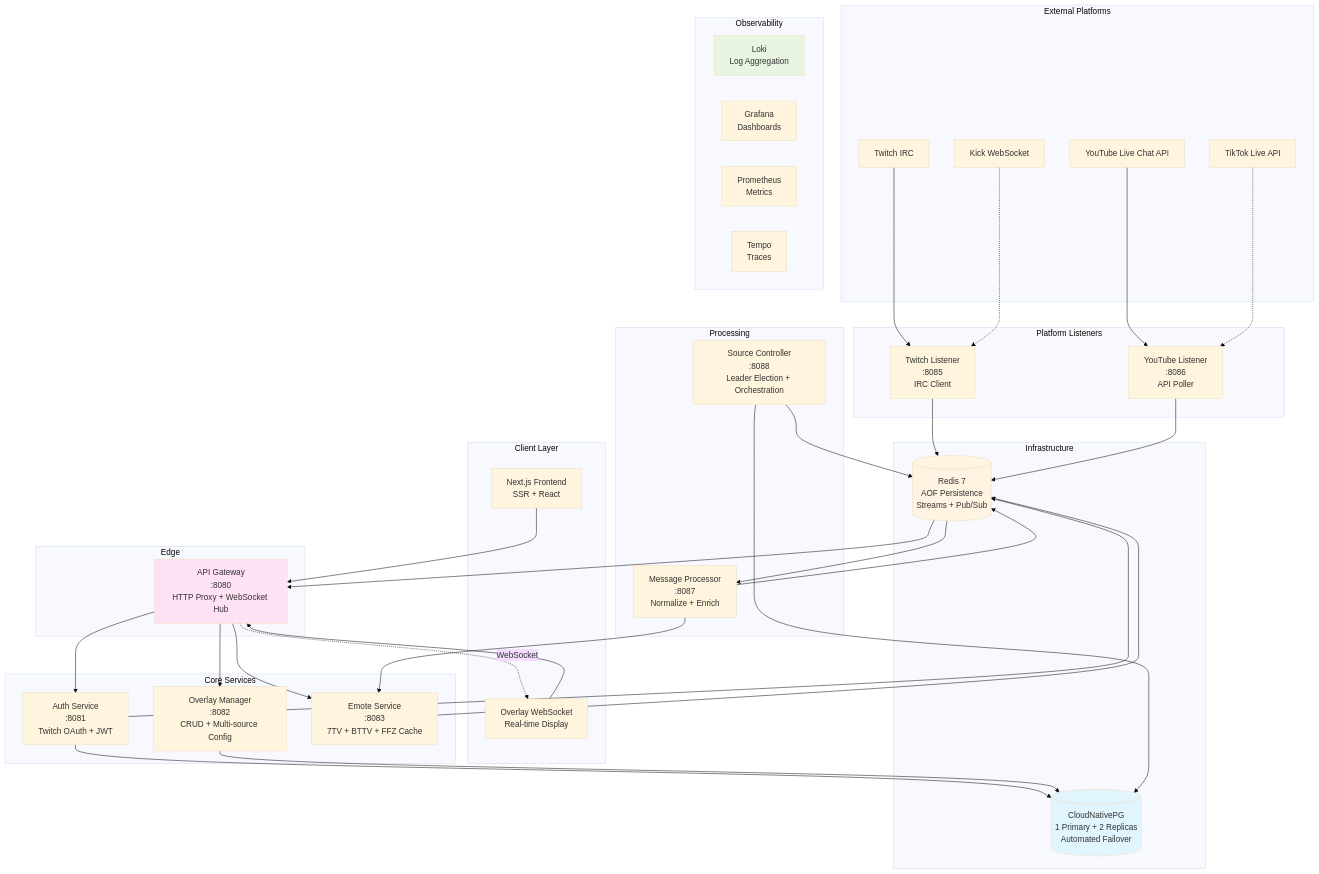
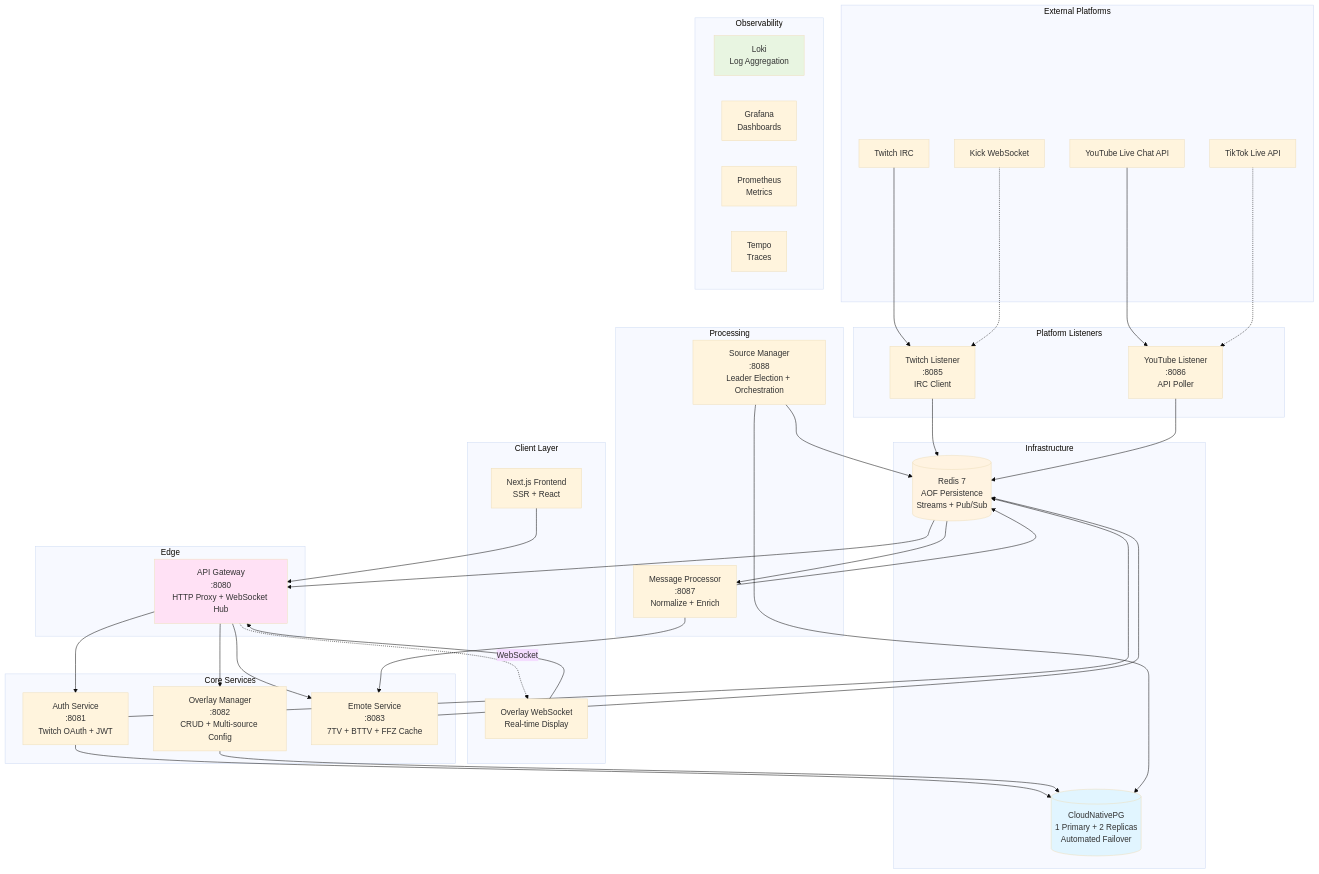
Before and after one commit to caesarakalaeii/all-chat: the first of 5 diagrams in docs/architecture/APPROVED_ARCHITECTURE.md, drawn with Mermaid (base theme). The commit also changed other lines of this file and 74 other files, not shown here.

````diff
--- a/docs/architecture/APPROVED_ARCHITECTURE.md
+++ b/docs/architecture/APPROVED_ARCHITECTURE.md
@@ -58,82 +58,82 @@
 ```mermaid
 graph TB
     subgraph "External Platforms"
         TW[Twitch IRC]
         YT[YouTube Live Chat API]
         KC[Kick WebSocket]
         TT[TikTok Live API]
     end
 
     subgraph "Client Layer"
         FE[Next.js Frontend<br/>SSR + React]
         OV[Overlay WebSocket<br/>Real-time Display]
     end
 
     subgraph "Edge"
         GW[API Gateway<br/>:8080<br/>HTTP Proxy + WebSocket Hub]
     end
 
     subgraph "Core Services"
         AUTH[Auth Service<br/>:8081<br/>Twitch OAuth + JWT]
         OVERLAY[Overlay Manager<br/>:8082<br/>CRUD + Multi-source Config]
         EMOTE[Emote Service<br/>:8083<br/>7TV + BTTV + FFZ Cache]
     end
 
     subgraph "Platform Listeners"
         TWL[Twitch Listener<br/>:8085<br/>IRC Client]
         YTL[YouTube Listener<br/>:8086<br/>API Poller]
     end
 
     subgraph "Processing"
         MP[Message Processor<br/>:8087<br/>Normalize + Enrich]
-        CTRL[Source Controller<br/>:8088<br/>Leader Election + Orchestration]
+        CTRL[Source Manager<br/>:8088<br/>Leader Election + Orchestration]
     end
 
     subgraph "Infrastructure"
         PG[(CloudNativePG<br/>1 Primary + 2 Replicas<br/>Automated Failover)]
         REDIS[(Redis 7<br/>AOF Persistence<br/>Streams + Pub/Sub)]
     end
 
     subgraph "Observability"
         LOKI[Loki<br/>Log Aggregation]
         GRAFANA[Grafana<br/>Dashboards]
         PROM[Prometheus<br/>Metrics]
         TEMPO[Tempo<br/>Traces]
     end
 
     TW --> TWL
     YT --> YTL
     KC -.-> TWL
     TT -.-> YTL
 
     FE --> GW
     OV --> GW
 
     GW --> AUTH
     GW --> OVERLAY
     GW --> EMOTE
 
     AUTH --> PG
     AUTH --> REDIS
     OVERLAY --> PG
     EMOTE --> REDIS
 
     CTRL --> PG
     CTRL --> REDIS
 
     TWL --> REDIS
     YTL --> REDIS
 
     REDIS --> MP
     MP --> EMOTE
     MP --> REDIS
 
     REDIS --> GW
 
     GW -.WebSocket.-> OV
 
     style GW fill:#ffe1f5
     style PG fill:#e1f5ff
     style REDIS fill:#fff3e1
     style LOKI fill:#e8f5e1
 ```
````
